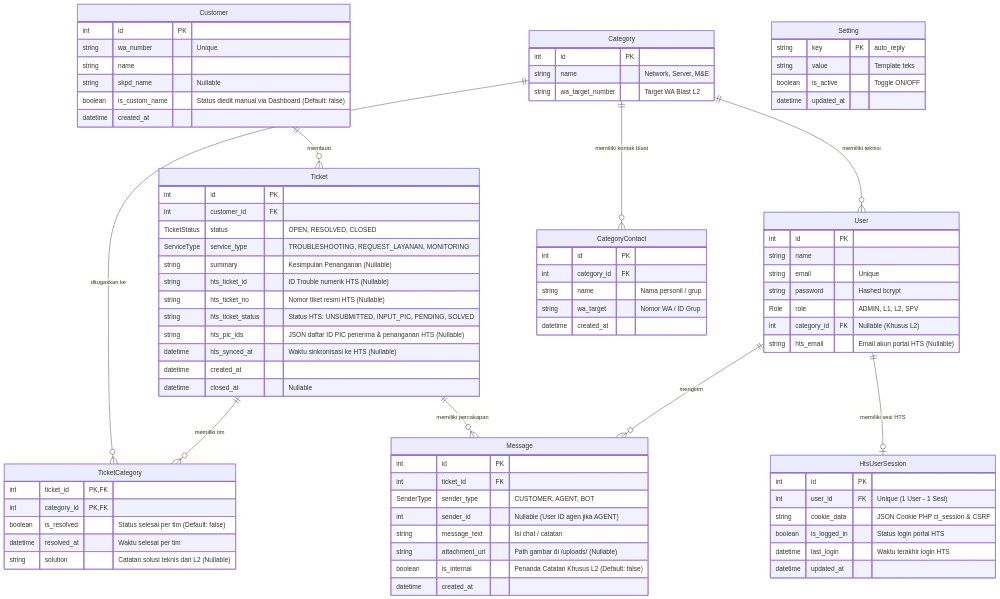
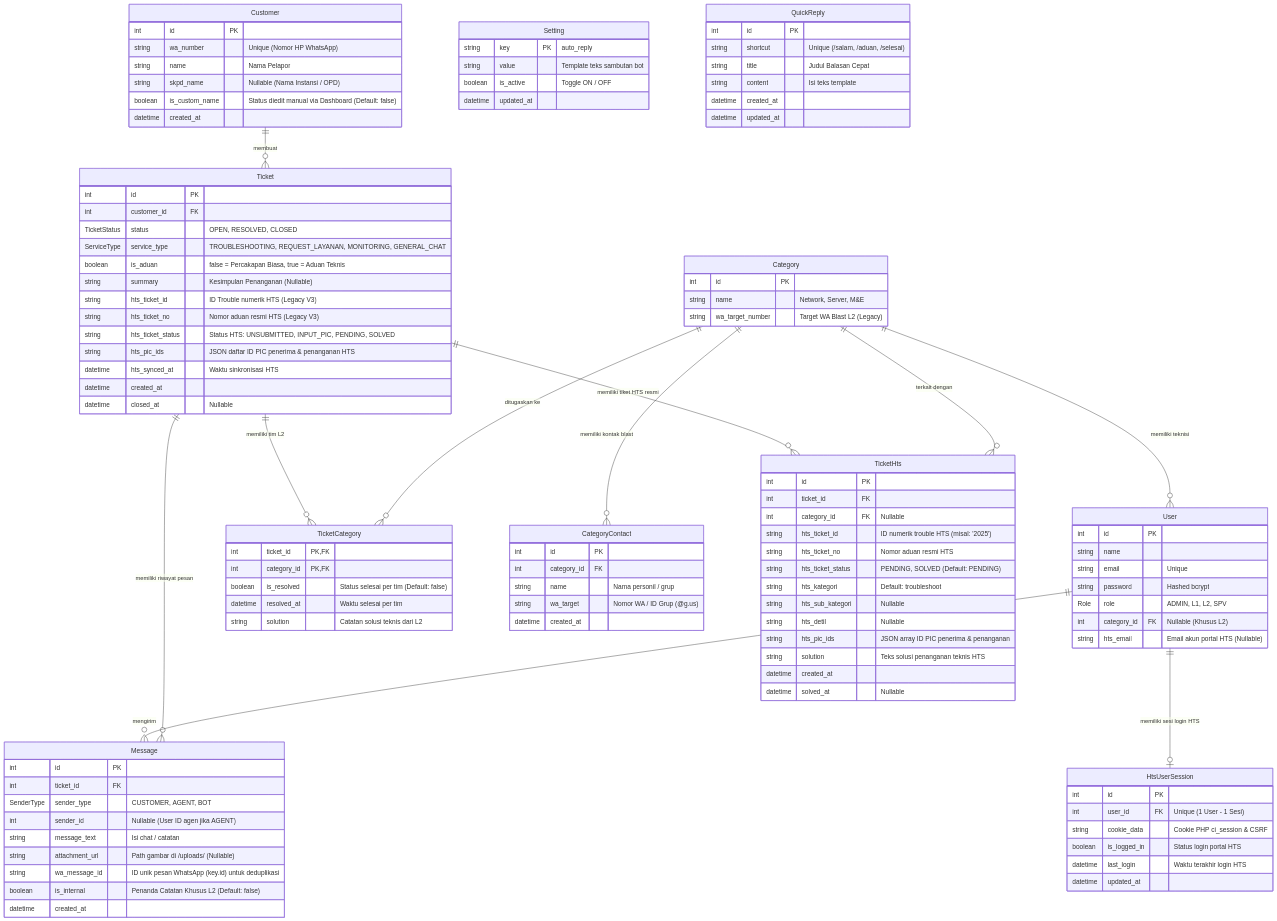
The diagram in docs/Database_Schema.md (llaurensius/hts-chat-integration), drawn with Mermaid before and after one commit. The commit also changed other lines of this file and 13 other files, not shown here.

````diff
--- a/docs/Database_Schema.md
+++ b/docs/Database_Schema.md
@@ -13,16 +14,18 @@
     Category ||--o{ User : "memiliki teknisi"
     Category ||--o{ TicketCategory : "ditugaskan ke"
     Category ||--o{ CategoryContact : "memiliki kontak blast"
-    Ticket ||--o{ TicketCategory : "memiliki tim"
-    Ticket ||--o{ Message : "memiliki percakapan"
+    Category ||--o{ TicketHts : "terkait dengan"
+    Ticket ||--o{ TicketCategory : "memiliki tim L2"
+    Ticket ||--o{ TicketHts : "memiliki tiket HTS resmi"
+    Ticket ||--o{ Message : "memiliki riwayat pesan"
     User ||--o{ Message : "mengirim"
-    User ||--o| HtsUserSession : "memiliki sesi HTS"
+    User ||--o| HtsUserSession : "memiliki sesi login HTS"
 
     Customer {
         int id PK
-        string wa_number "Unique"
-        string name
-        string skpd_name "Nullable"
+        string wa_number "Unique (Nomor HP WhatsApp)"
+        string name "Nama Pelapor"
+        string skpd_name "Nullable (Nama Instansi / OPD)"
         boolean is_custom_name "Status diedit manual via Dashboard (Default: false)"
         datetime created_at
     }
@@ -30,7 +33,22 @@
     Category {
         int id PK
         string name "Network, Server, M&E"
-        string wa_target_number "Target WA Blast L2"
+        string wa_target_number "Target WA Blast L2 (Legacy)"
+    }
+
+    CategoryContact {
+        int id PK
+        int category_id FK
+        string name "Nama personil / grup"
+        string wa_target "Nomor WA / ID Grup (@g.us)"
+        datetime created_at
+    }
+
+    Setting {
+        string key PK "auto_reply"
+        string value "Template teks sambutan bot"
+        boolean is_active "Toggle ON / OFF"
+        datetime updated_at
     }
 
     User {
@@ -46,7 +64,7 @@
     HtsUserSession {
         int id PK
         int user_id FK "Unique (1 User - 1 Sesi)"
-        string cookie_data "JSON Cookie PHP ci_session & CSRF"
+        string cookie_data "Cookie PHP ci_session & CSRF"
         boolean is_logged_in "Status login portal HTS"
         datetime last_login "Waktu terakhir login HTS"
         datetime updated_at
@@ -56,15 +74,32 @@
         int id PK
         int customer_id FK
         TicketStatus status "OPEN, RESOLVED, CLOSED"
-        ServiceType service_type "TROUBLESHOOTING, REQUEST_LAYANAN, MONITORING"
+        ServiceType service_type "TROUBLESHOOTING, REQUEST_LAYANAN, MONITORING, GENERAL_CHAT"
+        boolean is_aduan "false = Percakapan Biasa, true = Aduan Teknis"
         string summary "Kesimpulan Penanganan (Nullable)"
-        string hts_ticket_id "ID Trouble numerik HTS (Nullable)"
-        string hts_ticket_no "Nomor tiket resmi HTS (Nullable)"
+        string hts_ticket_id "ID Trouble numerik HTS (Legacy V3)"
+        string hts_ticket_no "Nomor aduan resmi HTS (Legacy V3)"
         string hts_ticket_status "Status HTS: UNSUBMITTED, INPUT_PIC, PENDING, SOLVED"
-        string hts_pic_ids "JSON daftar ID PIC penerima & penanganan HTS (Nullable)"
-        datetime hts_synced_at "Waktu sinkronisasi ke HTS (Nullable)"
+        string hts_pic_ids "JSON daftar ID PIC penerima & penanganan HTS"
+        datetime hts_synced_at "Waktu sinkronisasi HTS"
         datetime created_at
         datetime closed_at "Nullable"
+    }
+
+    TicketHts {
+        int id PK
+        int ticket_id FK
+        int category_id FK "Nullable"
+        string hts_ticket_id "ID numerik trouble HTS (misal: '2025')"
+        string hts_ticket_no "Nomor aduan resmi HTS"
+        string hts_ticket_status "PENDING, SOLVED (Default: PENDING)"
+        string hts_kategori "Default: troubleshoot"
+        string hts_sub_kategori "Nullable"
+        string hts_detil "Nullable"
+        string hts_pic_ids "JSON array ID PIC penerima & penanganan"
+        string solution "Teks solusi penanganan teknis HTS"
+        datetime created_at
+        datetime solved_at "Nullable"
     }
 
     TicketCategory {
@@ -72,22 +107,7 @@
         int category_id PK, FK
         boolean is_resolved "Status selesai per tim (Default: false)"
         datetime resolved_at "Waktu selesai per tim"
-        string solution "Catatan solusi teknis dari L2 (Nullable)"
-    }
-
-    CategoryContact {
-        int id PK
-        int category_id FK
-        string name "Nama personil / grup"
-        string wa_target "Nomor WA / ID Grup"
-        datetime created_at
-    }
-
-    Setting {
-        string key PK "auto_reply"
-        string value "Template teks"
-        boolean is_active "Toggle ON/OFF"
-        datetime updated_at
+        string solution "Catatan solusi teknis dari L2"
     }
 
     Message {
@@ -97,7 +117,17 @@
         int sender_id "Nullable (User ID agen jika AGENT)"
         string message_text "Isi chat / catatan"
         string attachment_url "Path gambar di /uploads/ (Nullable)"
+        string wa_message_id "ID unik pesan WhatsApp (key.id) untuk deduplikasi"
         boolean is_internal "Penanda Catatan Khusus L2 (Default: false)"
         datetime created_at
     }
+
+    QuickReply {
+        int id PK
+        string shortcut "Unique (/salam, /aduan, /selesai)"
+        string title "Judul Balasan Cepat"
+        string content "Isi teks template"
+        datetime created_at
+        datetime updated_at
+    }
 ```
````
